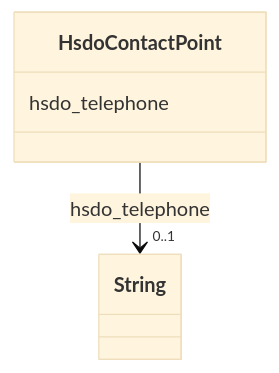
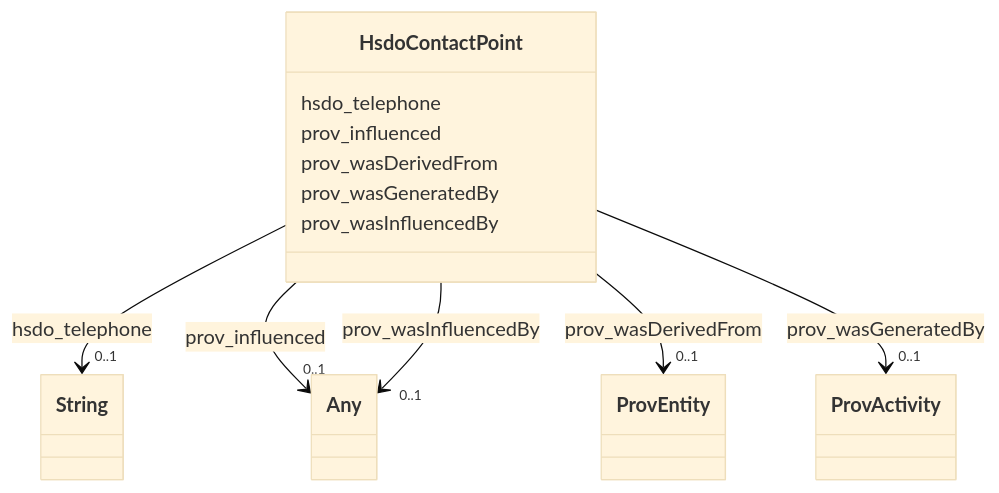
The diagram in dream-kg/classes/HsdoContactPoint.md (frink-okn/graph-descriptions), drawn with Mermaid (base theme) before and after one commit. The commit also changed other lines of this file and 47 other files, not shown here.

````diff
--- a/dream-kg/classes/HsdoContactPoint.md
+++ b/dream-kg/classes/HsdoContactPoint.md
@@ -19,15 +19,51 @@
 ```mermaid
  classDiagram
     class HsdoContactPoint
     click HsdoContactPoint href "../HsdoContactPoint"
       HsdoContactPoint : hsdo_telephone
         
           
     
     
     HsdoContactPoint --> "0..1" String : hsdo_telephone
     click String href "../String"
 
         
+      HsdoContactPoint : prov_influenced
+        
+          
+    
+    
+    HsdoContactPoint --> "0..1" Any : prov_influenced
+    click Any href "../Any"
+
+        
+      HsdoContactPoint : prov_wasDerivedFrom
+        
+          
+    
+    
+    HsdoContactPoint --> "0..1" ProvEntity : prov_wasDerivedFrom
+    click ProvEntity href "../ProvEntity"
+
+        
+      HsdoContactPoint : prov_wasGeneratedBy
+        
+          
+    
+    
+    HsdoContactPoint --> "0..1" ProvActivity : prov_wasGeneratedBy
+    click ProvActivity href "../ProvActivity"
+
+        
+      HsdoContactPoint : prov_wasInfluencedBy
+        
+          
+    
+    
+    HsdoContactPoint --> "0..1" Any : prov_wasInfluencedBy
+    click Any href "../Any"
+
+        
       
 ```
````
